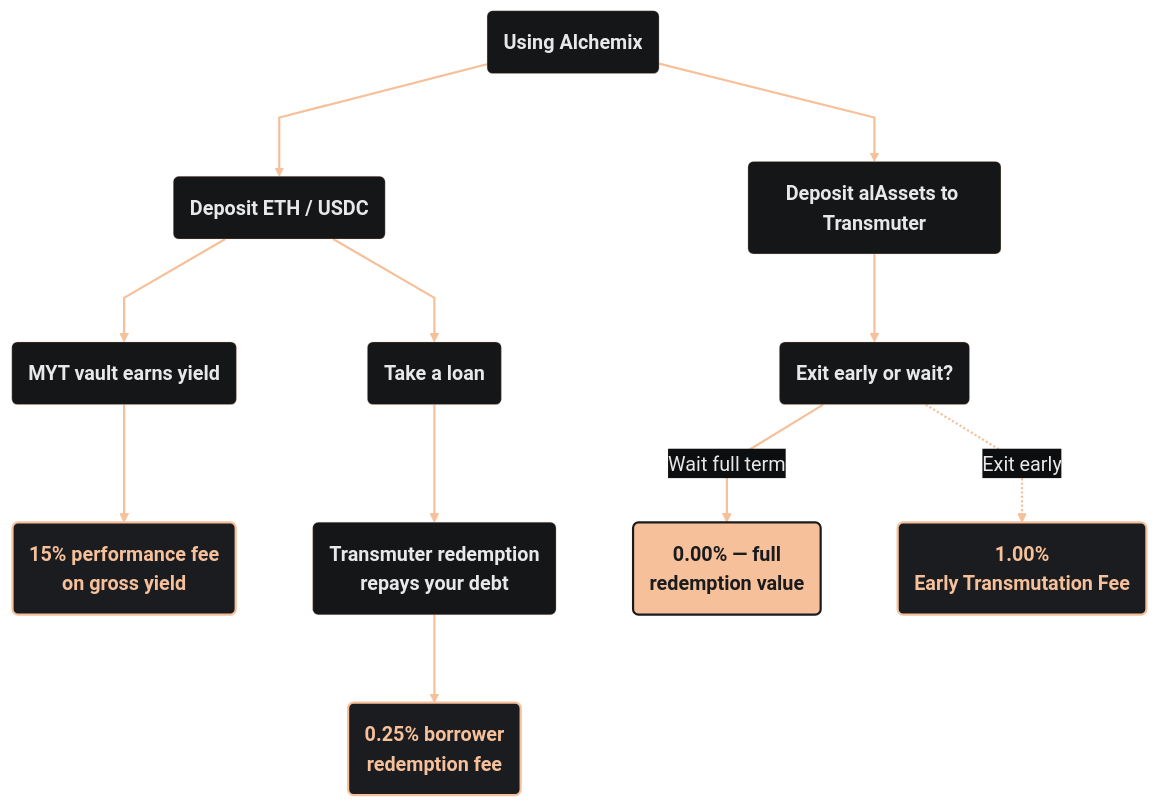
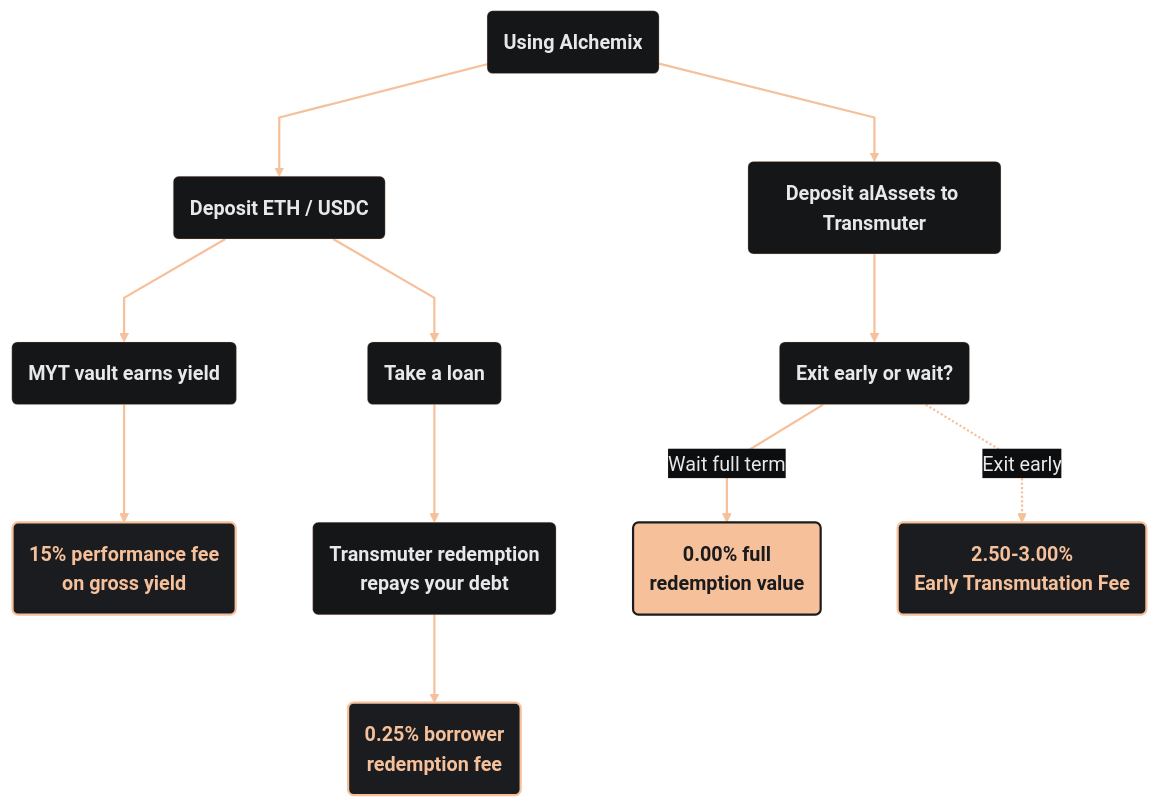
The diagram in docs/user/concepts/fees.md (alchemix-finance/alchemix-v3-docs), drawn with Mermaid before and after one commit. The commit also changed other lines of this file and 12 other files, not shown here.

````diff
--- a/docs/user/concepts/fees.md
+++ b/docs/user/concepts/fees.md
@@ -13,32 +14,32 @@
 ```mermaid
 %%{init: {
   'theme': 'base',
   'themeVariables': {
     'fontFamily': 'Montserrat',
     'primaryColor': '#141618',
     'primaryBorderColor': 'rgba(245,192,154,0.25)',
     'primaryTextColor': '#e8e8ea',
     'lineColor': '#f5c09a',
     'edgeLabelBackground': '#0d0e10',
     'tertiaryColor': '#141618',
     'fontSize': '18px'
   },
   'flowchart': { 'curve': 'linear', 'nodeSpacing': 70, 'rankSpacing': 80 }
 }}%%
 flowchart TD
     classDef default font-weight:bold;
     classDef fee fill:#1a1c1f,stroke:#f5c09a,stroke-width:2px,color:#f5c09a;
     classDef free fill:#f5c09a,stroke:#1b1b1d,stroke-width:2px,color:#1b1b1d;
 
     A(Using Alchemix) --> B(Deposit ETH / USDC)
     A --> C(Deposit alAssets to Transmuter)
 
     B --> D(MYT vault earns yield) --> E(<b>15%</b> performance fee<br/><span style='color:#8a8f99'>on gross yield</span>):::fee
     B --> F(Take a loan) --> G(Transmuter redemption<br/>repays your debt) --> H(<b>0.25%</b> borrower<br/><span style='color:#8a8f99'>redemption fee</span>):::fee
 
     C --> I(Exit early or wait?)
-    I -->|Wait full term| J(<b>0.00%</b> — full<br/>redemption value):::free
-    I -.->|Exit early| K(<b>1.00%</b><br/><span style='color:#8a8f99'>Early Transmutation Fee</span>):::fee
+    I -->|Wait full term| J(<b>0.00%</b> full<br/>redemption value):::free
+    I -.->|Exit early| K(<b>2.50-3.00%</b><br/><span style='color:#8a8f99'>Early Transmutation Fee</span>):::fee
 
     linkStyle 0,1,2,3,4,5,6,7,8,9 stroke:#f5c09a,stroke-width:2px
 ```
````
